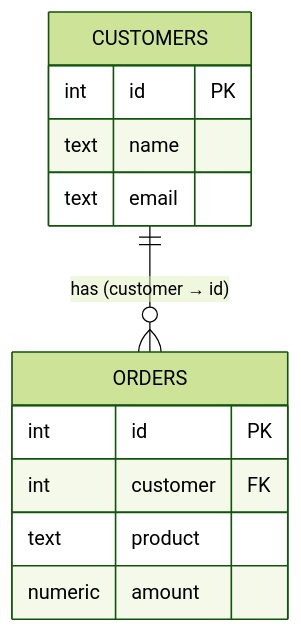
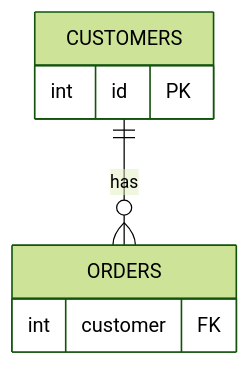
The diagram in guides/relationships-and-keys/01-why-split-data-into-tables.md (Topurrra/themissingmanual), drawn with Mermaid (forest theme) before and after one commit. The commit also changed 15 other files, not shown here.

Commit message:
fixed mermaid diagrams

````diff
--- a/guides/relationships-and-keys/01-why-split-data-into-tables.md
+++ b/guides/relationships-and-keys/01-why-split-data-into-tables.md
@@ -83,15 +83,10 @@
 ```mermaid
 erDiagram
-  CUSTOMERS ||--o{ ORDERS : "has (customer → id)"
+  CUSTOMERS ||--o{ ORDERS : has
   CUSTOMERS {
     int id PK
-    text name
-    text email
   }
   ORDERS {
-    int id PK
     int customer FK
-    text product
-    numeric amount
   }
 ```
````
